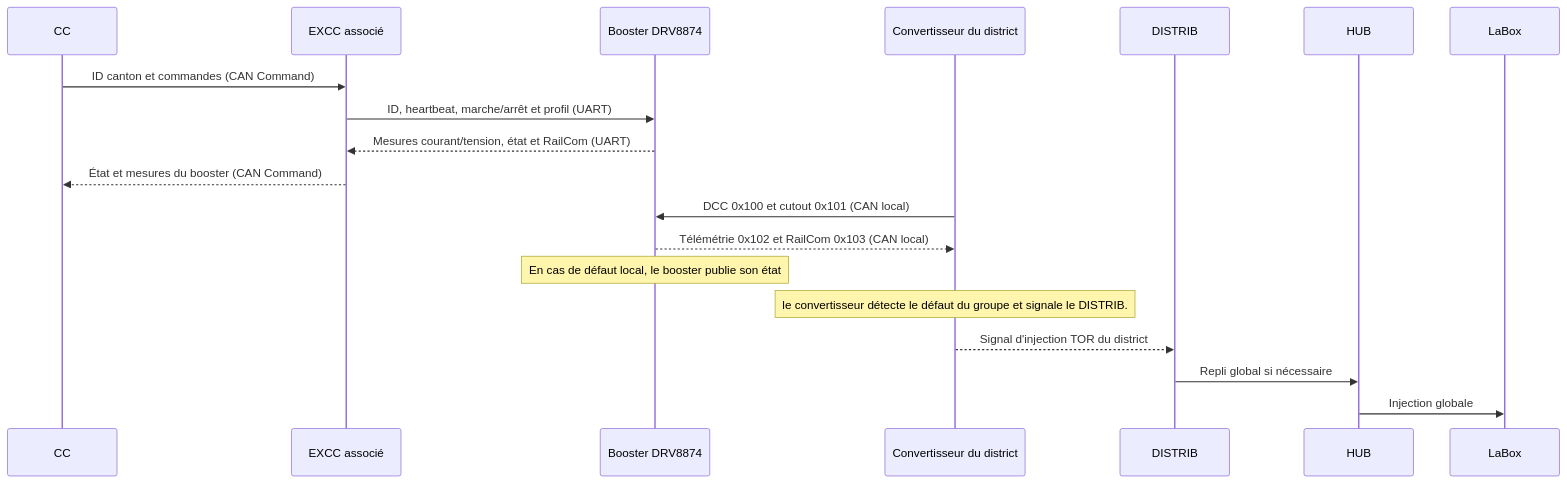
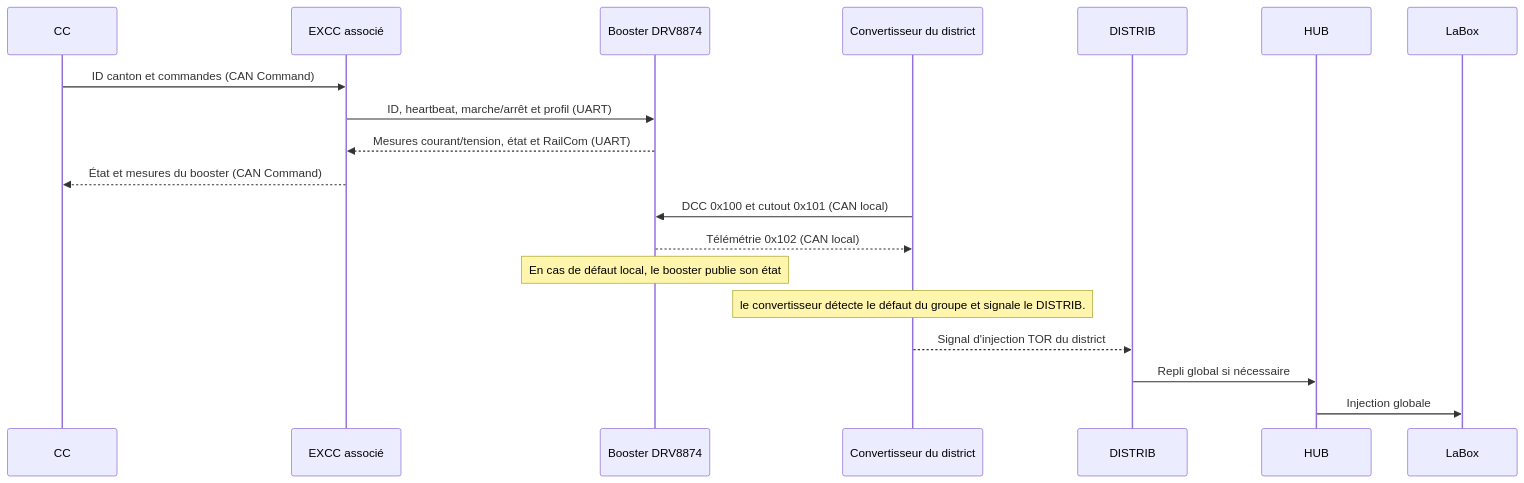
The second of 2 diagrams in README.md (prune74/CAN_DCC_RMT-Booster_DRV8874), drawn with Mermaid before and after one commit. The commit also changed other lines of this file and 9 other files, not shown here.

````diff
--- a/README.md
+++ b/README.md
@@ -57,22 +57,22 @@
 ```mermaid
 sequenceDiagram
     participant CC as CC
     participant EXCC as EXCC associé
     participant B as Booster DRV8874
     participant C as Convertisseur du district
     participant D as DISTRIB
     participant H as HUB
     participant L as LaBox
 
     CC->>EXCC: ID canton et commandes (CAN Command)
     EXCC->>B: ID, heartbeat, marche/arrêt et profil (UART)
     B-->>EXCC: Mesures courant/tension, état et RailCom (UART)
     EXCC-->>CC: État et mesures du booster (CAN Command)
     C->>B: DCC 0x100 et cutout 0x101 (CAN local)
-    B-->>C: Télémétrie 0x102 et RailCom 0x103 (CAN local)
+    B-->>C: Télémétrie 0x102 (CAN local)
     Note over B: En cas de défaut local, le booster publie son état;
     Note over C: le convertisseur détecte le défaut du groupe et signale le DISTRIB.
     C-->>D: Signal d'injection TOR du district
     D->>H: Repli global si nécessaire
     H->>L: Injection globale
 ```
````
